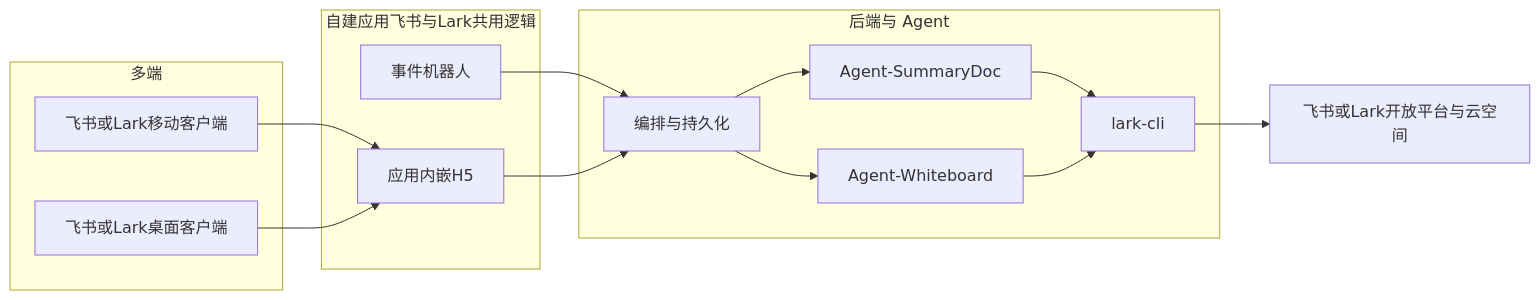
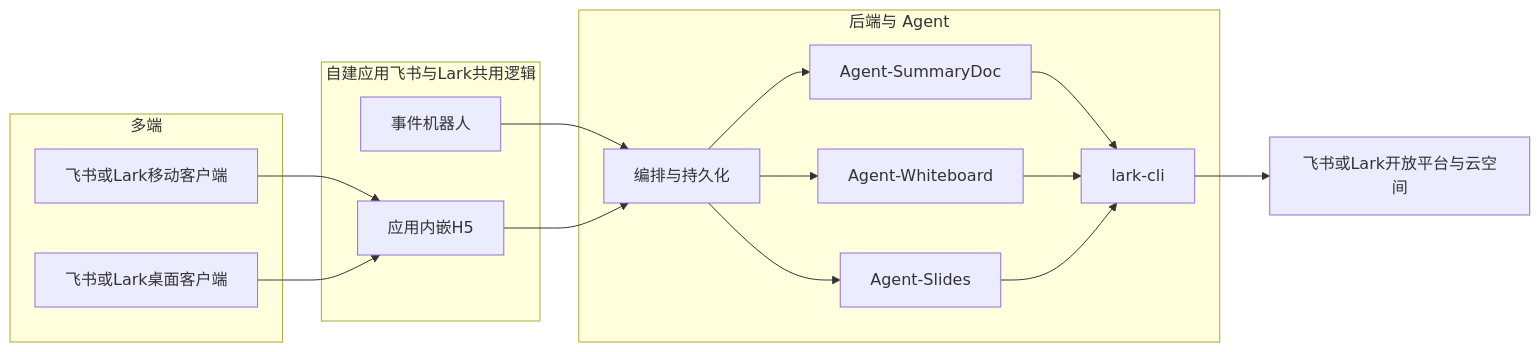
Before and after one commit to seinzwong/im-office-agent: the second of 2 diagrams in .cursor/plans/agent-pilot_架构计划_1ee2dcd2.plan.md, drawn with Mermaid. The commit also changed other lines of this file, not shown here.

Commit message:
Update Agent-Pilot plan to enhance document generation features, allowing users to select output types (whiteboard, PPT, or both) and improving the orchestration of tasks. Adjusted configuration options for output directories and refined the workflow for document processing and delivery.

````diff
--- a/.cursor/plans/agent-pilot_架构计划_1ee2dcd2.plan.md
+++ b/.cursor/plans/agent-pilot_架构计划_1ee2dcd2.plan.md
@@ -103,26 +124,29 @@
 ```mermaid
 flowchart LR
   subgraph clients [多端]
     Mobile[飞书或Lark移动客户端]
     Desktop[飞书或Lark桌面客户端]
   end
   subgraph feishu [自建应用飞书与Lark共用逻辑]
     Bot[事件机器人]
     WebApp[应用内嵌H5]
   end
   subgraph backend [后端与 Agent]
     Orch[编排与持久化]
     A1[Agent-SummaryDoc]
     A2[Agent-Whiteboard]
+    A3[Agent-Slides]
     CLI[lark-cli]
   end
   Mobile --> WebApp
   Desktop --> WebApp
   Bot --> Orch
   WebApp --> Orch
   Orch --> A1
   Orch --> A2
+  Orch --> A3
   A1 --> CLI
   A2 --> CLI
+  A3 --> CLI
   CLI --> LarkAPI[飞书或Lark开放平台与云空间]
 ```
````
